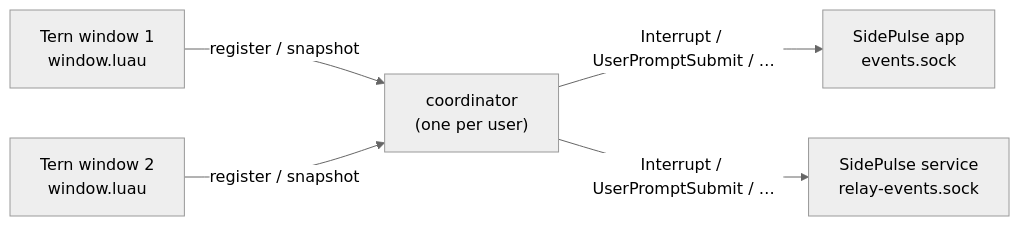
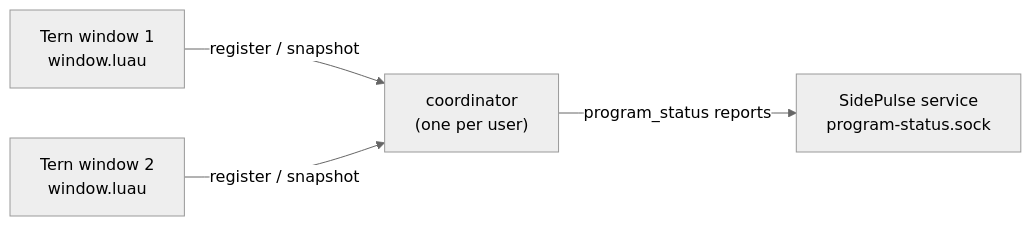
Before and after one commit to alphastorm/tern-sidepulse: the diagram in README.md, drawn with Mermaid (neutral theme). The commit also changed other lines of this file and 34 other files, not shown here.

````diff
--- a/README.md
+++ b/README.md
@@ -123,7 +128,6 @@
 ```mermaid
 flowchart LR
     W1["Tern window 1<br/>window.luau"] -- register / snapshot --> C["coordinator<br/>(one per user)"]
     W2["Tern window 2<br/>window.luau"] -- register / snapshot --> C
-    C -- Interrupt / UserPromptSubmit / … --> U["SidePulse app<br/>events.sock"]
-    C -- Interrupt / UserPromptSubmit / … --> S["SidePulse service<br/>relay-events.sock"]
+    C -- program_status reports --> S["SidePulse service<br/>program-status.sock"]
 ```
````
